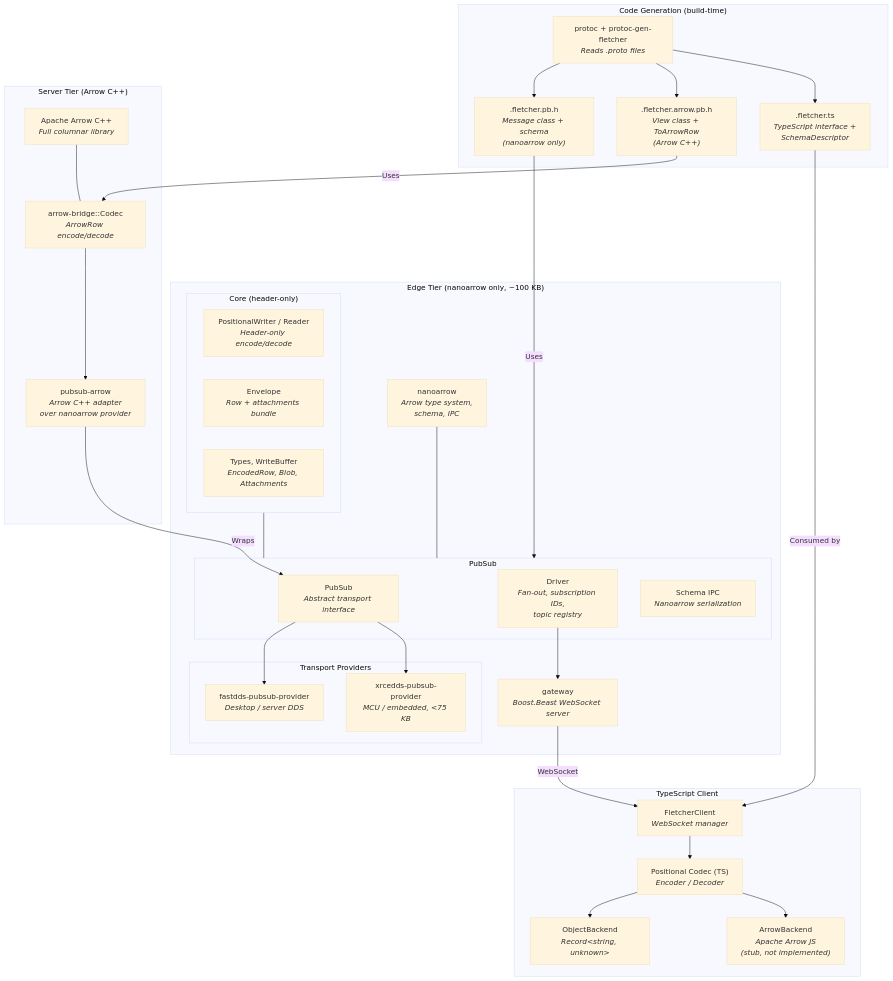
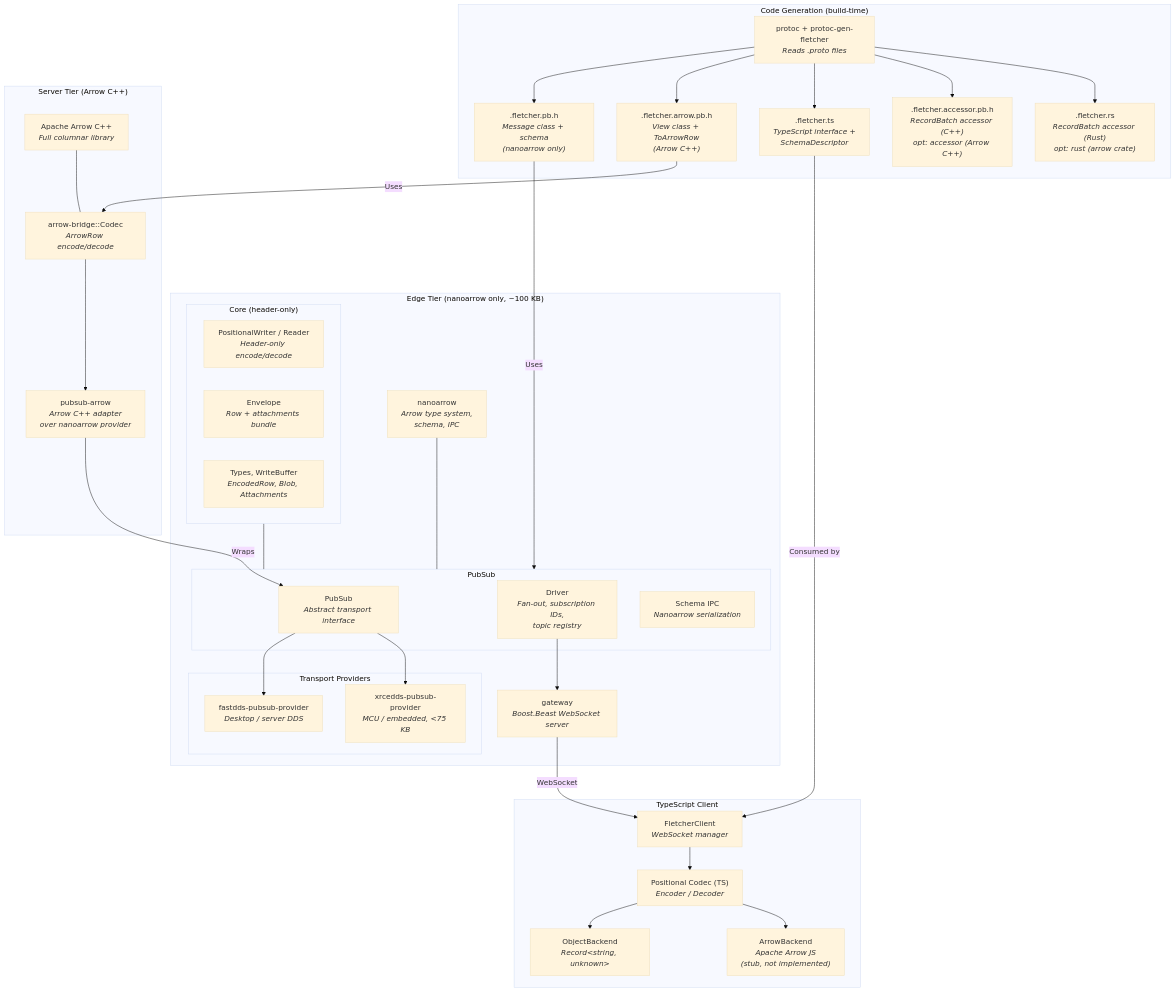
One commit to eivacom/Fletcher changed the second of 5 diagrams in docs/component-diagram.md. Above: the diagram before and after it, drawn with Mermaid (base theme). The commit also changed 87 other files, not shown here.

First line of the commit message:
RecordBatch accessor generator (C++ + Rust) — round RBA (#106)

````diff
--- a/docs/component-diagram.md
+++ b/docs/component-diagram.md
@@ -36,69 +36,73 @@
 ```mermaid
 graph TB
     subgraph codegen_layer ["Code Generation (build-time)"]
         PROTOC["protoc + protoc-gen-fletcher<br/><i>Reads .proto files</i>"]
         GEN_EDGE[".fletcher.pb.h<br/><i>Message class + schema<br/>(nanoarrow only)</i>"]
         GEN_SERVER[".fletcher.arrow.pb.h<br/><i>View class + ToArrowRow<br/>(Arrow C++)</i>"]
         GEN_TS[".fletcher.ts<br/><i>TypeScript interface +<br/>SchemaDescriptor</i>"]
+        GEN_ACCESSOR[".fletcher.accessor.pb.h<br/><i>RecordBatch accessor (C++)<br/>opt: accessor (Arrow C++)</i>"]
+        GEN_RUST[".fletcher.rs<br/><i>RecordBatch accessor (Rust)<br/>opt: rust (arrow crate)</i>"]
 
         PROTOC --> GEN_EDGE
         PROTOC --> GEN_SERVER
         PROTOC --> GEN_TS
+        PROTOC --> GEN_ACCESSOR
+        PROTOC --> GEN_RUST
     end
 
     subgraph edge_tier ["Edge Tier (nanoarrow only, ~100 KB)"]
         NANOARROW["nanoarrow<br/><i>Arrow type system,<br/>schema, IPC</i>"]
 
         subgraph core_lib ["Core (header-only)"]
             POS_IO["PositionalWriter / Reader<br/><i>Header-only encode/decode</i>"]
             ENVELOPE["Envelope<br/><i>Row + attachments bundle</i>"]
             TYPES["Types, WriteBuffer<br/><i>EncodedRow, Blob, Attachments</i>"]
         end
 
         subgraph pubsub_core ["PubSub"]
             PROVIDER["PubSub<br/><i>Abstract transport interface</i>"]
             DRIVER["Driver<br/><i>Fan-out, subscription IDs,<br/>topic registry</i>"]
             SCHEMA_IPC["Schema IPC<br/><i>Nanoarrow serialization</i>"]
         end
 
         subgraph providers ["Transport Providers"]
             FASTDDS["fastdds-pubsub-provider<br/><i>Desktop / server DDS</i>"]
             XRCEDDS["xrcedds-pubsub-provider<br/><i>MCU / embedded, &lt;75 KB</i>"]
         end
 
         WEB_GATEWAY["gateway<br/><i>Boost.Beast WebSocket server</i>"]
 
         core_lib --- pubsub_core
         NANOARROW --- pubsub_core
         PROVIDER --> FASTDDS
         PROVIDER --> XRCEDDS
         DRIVER --> WEB_GATEWAY
     end
 
     subgraph server_tier ["Server Tier (Arrow C++)"]
         ARROW_CPP["Apache Arrow C++<br/><i>Full columnar library</i>"]
 
         POS_CODEC["arrow-bridge::Codec<br/><i>ArrowRow encode/decode</i>"]
         PUBSUB_ARROW["pubsub-arrow<br/><i>Arrow C++ adapter<br/>over nanoarrow provider</i>"]
 
         ARROW_CPP --- POS_CODEC
         POS_CODEC --> PUBSUB_ARROW
     end
 
     subgraph browser_tier ["TypeScript Client"]
         WEBCLIENT["FletcherClient<br/><i>WebSocket manager</i>"]
         TS_CODEC["Positional Codec (TS)<br/><i>Encoder / Decoder</i>"]
         OBJ_BACKEND["ObjectBackend<br/><i>Record&lt;string, unknown&gt;</i>"]
         ARROW_BACKEND["ArrowBackend<br/><i>Apache Arrow JS<br/>(stub, not implemented)</i>"]
 
         WEBCLIENT --> TS_CODEC
         TS_CODEC --> OBJ_BACKEND
         TS_CODEC --> ARROW_BACKEND
     end
 
     GEN_EDGE -->|Uses| pubsub_core
     GEN_SERVER -->|Uses| POS_CODEC
     GEN_TS -->|Consumed by| WEBCLIENT
     PUBSUB_ARROW -->|Wraps| PROVIDER
     WEB_GATEWAY -->|WebSocket| WEBCLIENT
 ```
````
